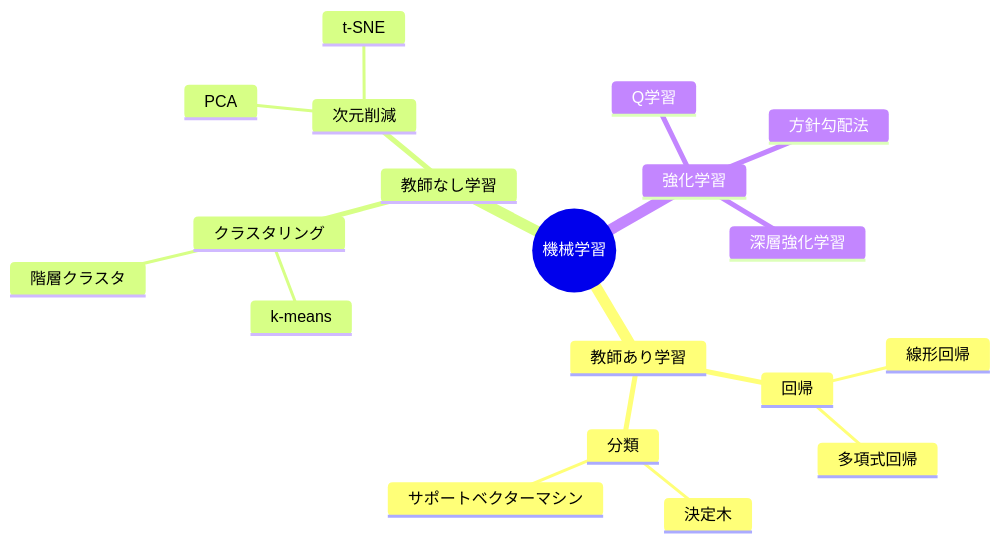
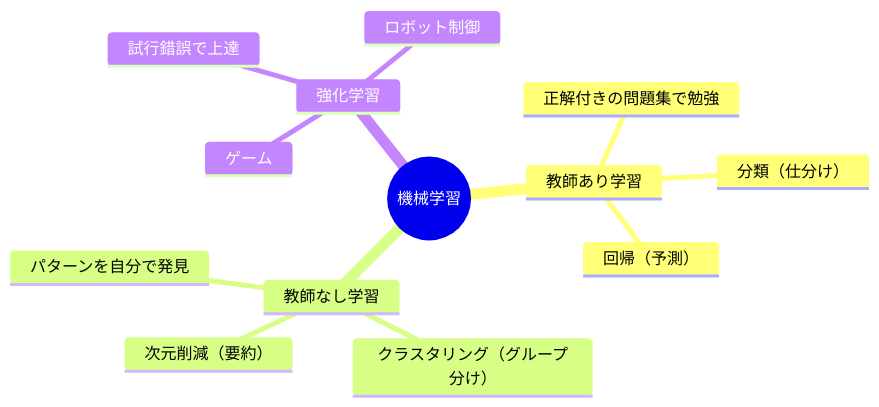
Before and after one commit to SparklingDetergent/doc_genai_mental_model: the third of 13 diagrams in AI/Machine_Learning.md, drawn with Mermaid. The commit also changed other lines of this file, not shown here.

````diff
--- a/AI/Machine_Learning.md
+++ b/AI/Machine_Learning.md
@@ -107,22 +73,16 @@
 ```mermaid
 mindmap
   root((機械学習))
     教師あり学習
-      回帰
-        線形回帰
-        多項式回帰
-      分類
-        決定木
-        サポートベクターマシン
+      正解付きの問題集で勉強
+      分類（仕分け）
+      回帰（予測）
     教師なし学習
-      クラスタリング
-        k-means
-        階層クラスタ
-      次元削減
-        PCA
-        t-SNE
+      パターンを自分で発見
+      クラスタリング（グループ分け）
+      次元削減（要約）
     強化学習
-      Q学習
-      方針勾配法
-      深層強化学習
+      試行錯誤で上達
+      ゲーム
+      ロボット制御
 ```
````
